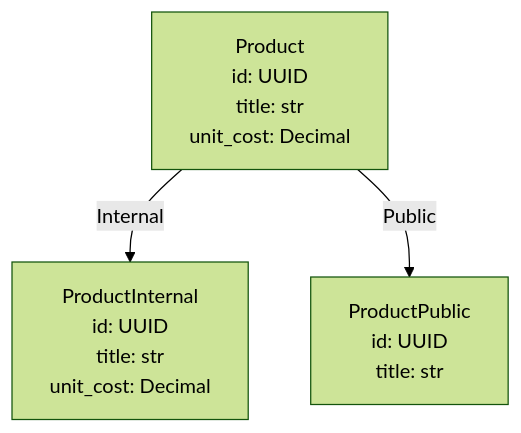
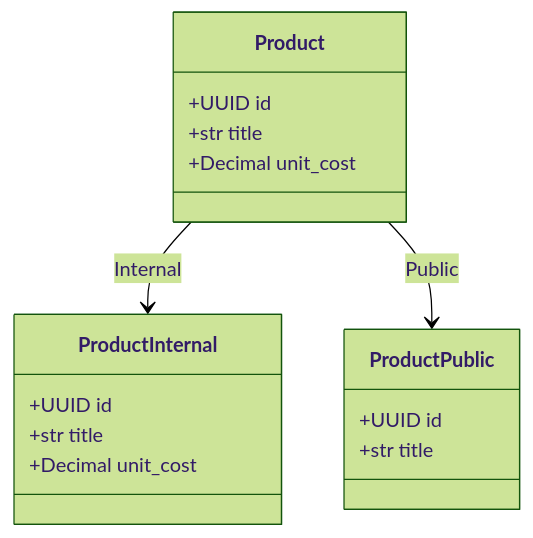
Before and after one commit to release-art/pydantic-prism: the fifth of 5 diagrams in examples/graph/README.md, drawn with Mermaid (forest theme). The commit also changed other lines of this file and 7 other files, not shown here.

````diff
--- a/examples/graph/README.md
+++ b/examples/graph/README.md
@@ -85,9 +123,20 @@
 ```mermaid
-graph TD
-    Product["Product<br/>id: UUID<br/>title: str<br/>unit_cost: Decimal"]
-    ProductInternal["ProductInternal<br/>id: UUID<br/>title: str<br/>unit_cost: Decimal"]
-    ProductPublic["ProductPublic<br/>id: UUID<br/>title: str"]
-    Product -->|"Internal"| ProductInternal
-    Product -->|"Public"| ProductPublic
-    classDef partial stroke-dasharray: 5 5;
+classDiagram
+    direction TB
+    class Product {
+        +UUID id
+        +str title
+        +Decimal unit_cost
+    }
+    class ProductInternal {
+        +UUID id
+        +str title
+        +Decimal unit_cost
+    }
+    class ProductPublic {
+        +UUID id
+        +str title
+    }
+    Product --> ProductInternal : Internal
+    Product --> ProductPublic : Public
 ```
````
